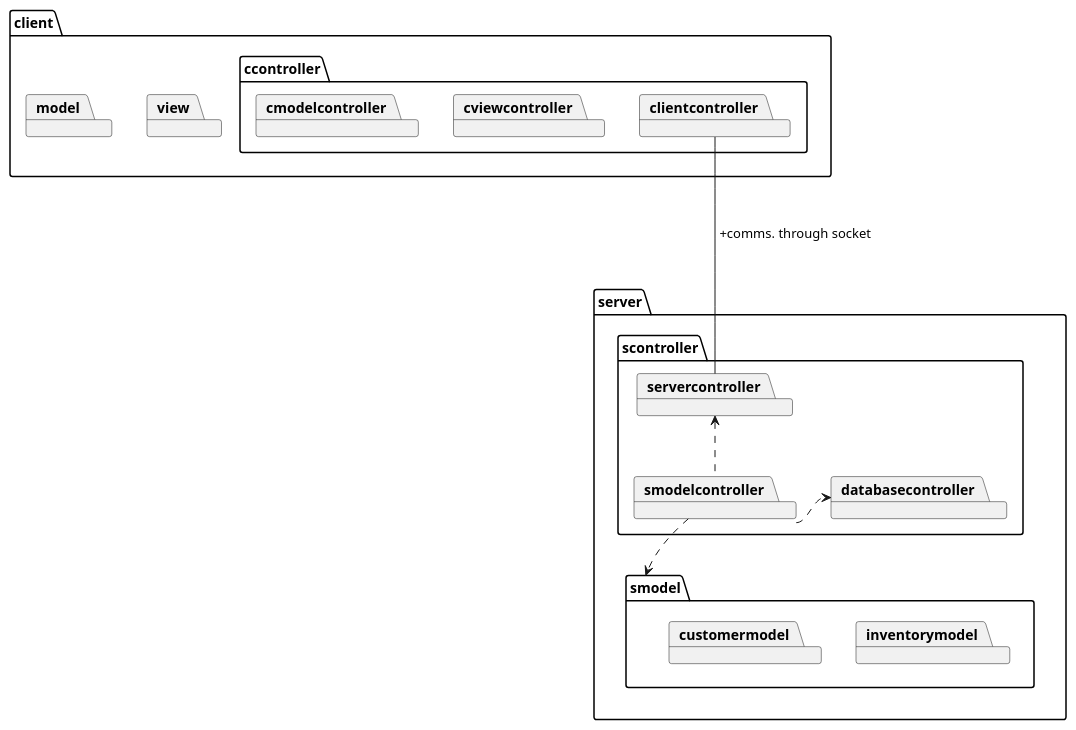
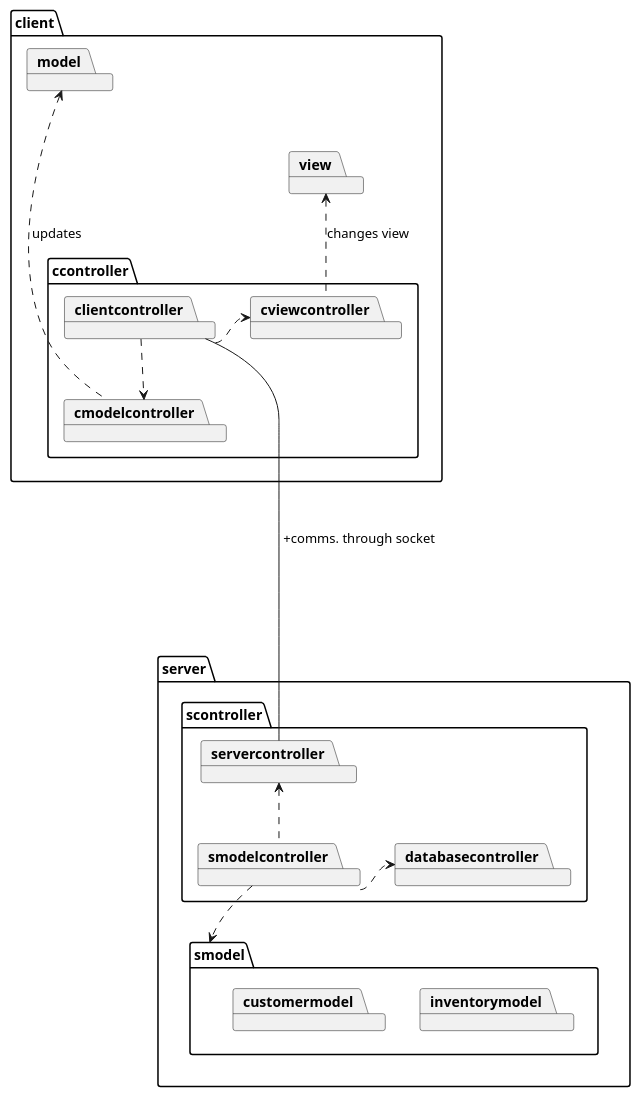
The diagram in pre-project/main-uml.md (patrickronn/tool-shop-inventory-management-application), drawn with PlantUML before and after one commit. The commit also changed 2 other files, not shown here.

Commit message:
Updated client uml and server uml

````diff
--- a/pre-project/main-uml.md
+++ b/pre-project/main-uml.md
@@ -12,51 +12,56 @@
 ```plantuml
 @startuml
 skinparam classAttributeIconSize 0
 
 /'
 package inventoryclient {
     package iview
     package icontroller
     package imodel
 }
 
 package customerclient {
     package cview
     package ccontroller
     package cmodel
 }
 '/
 
 package client {
     package view
     package ccontroller {
         package clientcontroller
         package cviewcontroller
         package cmodelcontroller
     }
     package model
 }
 
 package server {
     package scontroller {
         package servercontroller
         package smodelcontroller
         package databasecontroller
     }
     package smodel {
         package inventorymodel
         package customermodel
     }
 }
 
-clientcontroller --- servercontroller : " +comms. through socket"
+view <.. cviewcontroller : changes view
+model <.... cmodelcontroller : updates
+clientcontroller .> cviewcontroller
+clientcontroller ..> cmodelcontroller
+
+clientcontroller ----- servercontroller : " +comms. through socket"
 
 servercontroller <.. smodelcontroller
 smodelcontroller .> databasecontroller
 
 smodelcontroller ..> smodel
 
 
 hide members
 @enduml
 ```
````
